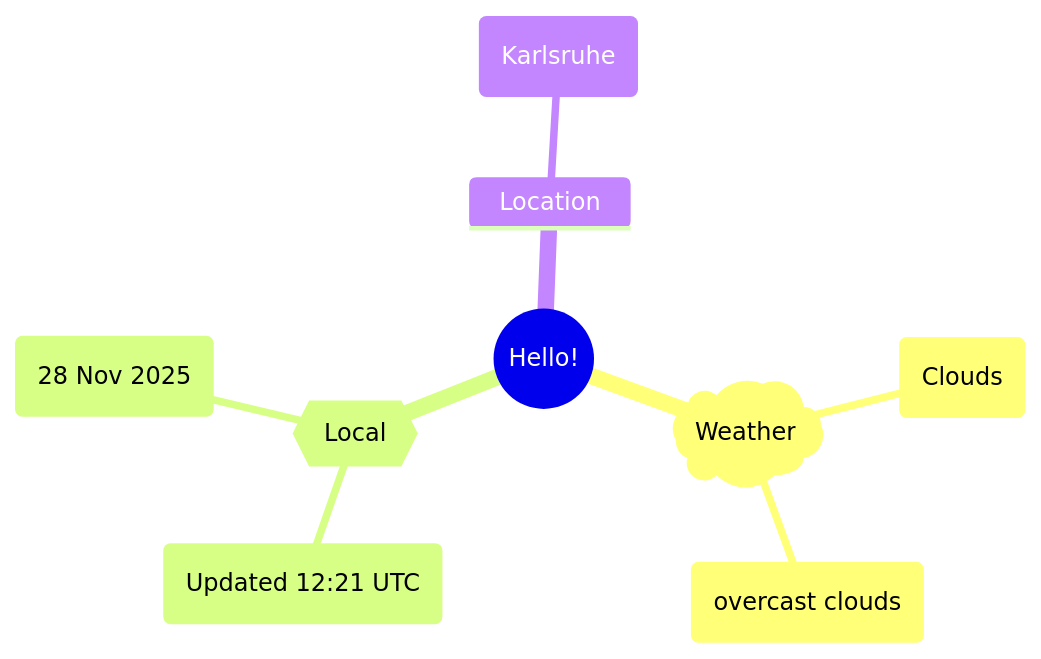
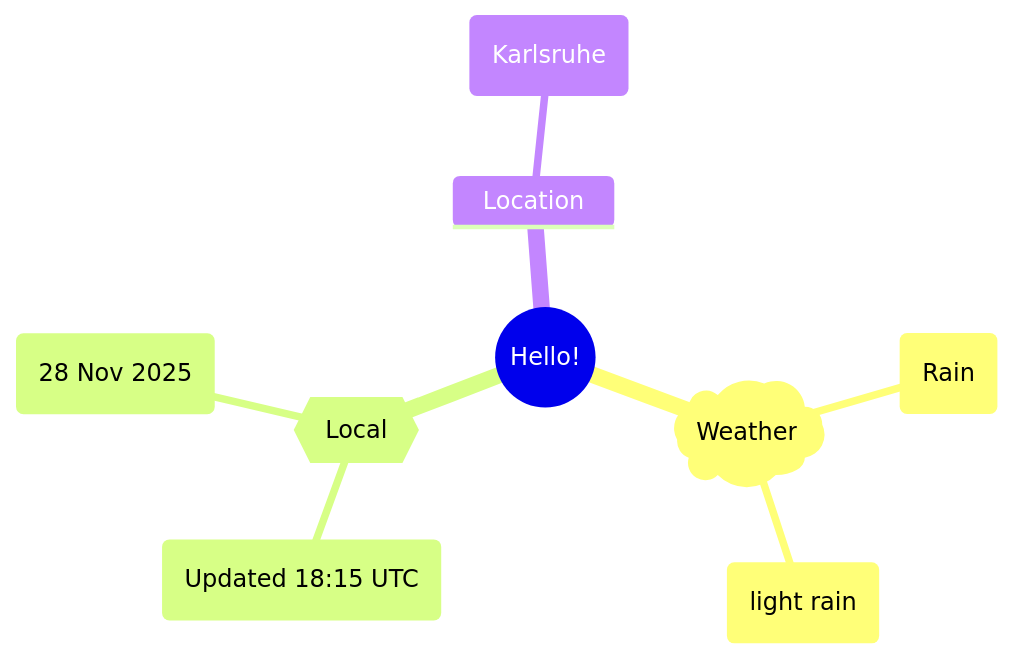
One commit to Xosrov/Xosrov changed the first of 2 diagrams in README.md. Above: the diagram before and after it, drawn with Mermaid.

Commit message:
[bot] updated images

````diff
--- a/README.md
+++ b/README.md
@@ -3,12 +3,12 @@
 ```mermaid
 mindmap
   root((Hello!))
     )Weather(
-        (Clouds)
-        (overcast clouds)
+        (Rain)
+        (light rain)
     {{Local}}
-        (Updated 12:21 UTC)
+        (Updated 18:15 UTC)
         (28 Nov 2025)
     Location
         (Karlsruhe)
 ```
````
